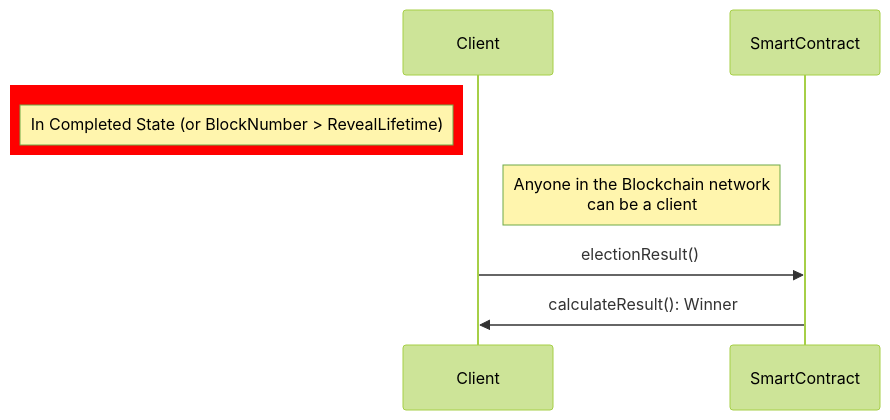
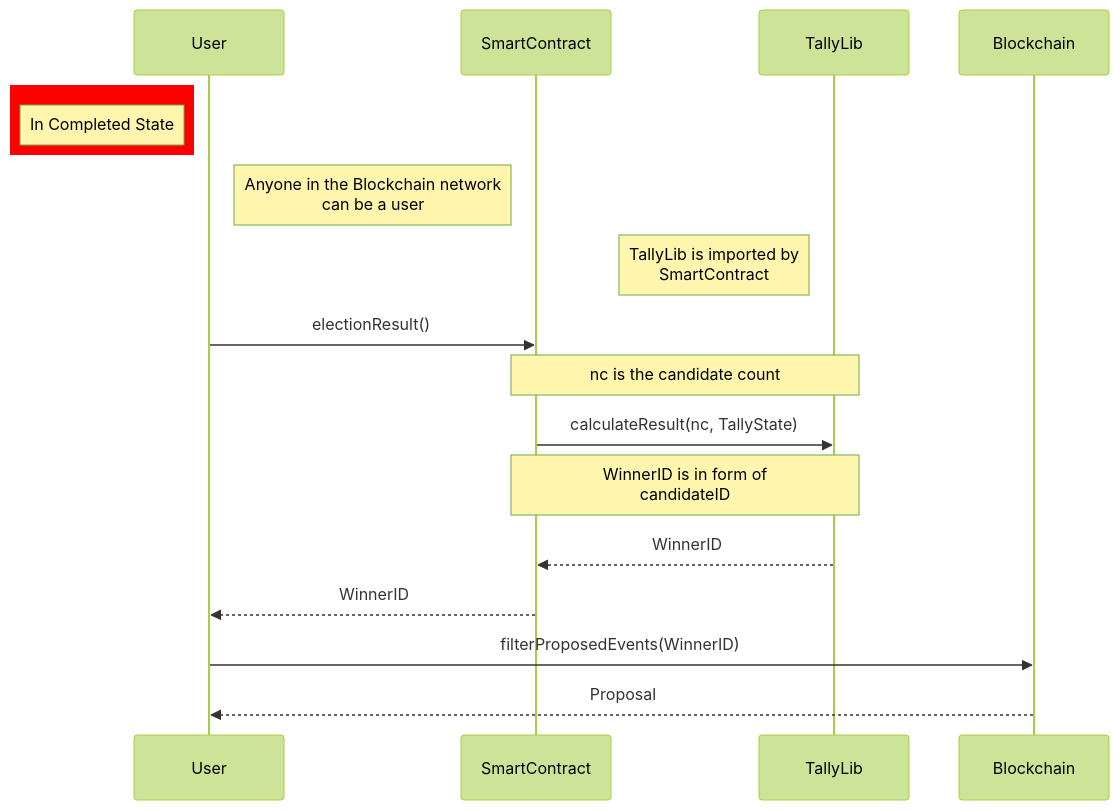
The diagram in docs/flows/basic/election-result.mmd (ceyonur/electanon), drawn with Mermaid (forest theme) before and after one commit. The commit also changed 145 other files, not shown here.

```diff
--- a/docs/flows/basic/election-result.mmd
+++ b/docs/flows/basic/election-result.mmd
@@ -1,10 +1,19 @@
 sequenceDiagram
 rect rgb(255, 0, 0)
-note left of Client: In Completed State (or BlockNumber > RevealLifetime)
+note left of User: In Completed State
 end
-participant Client
-note right of Client: Anyone in the Blockchain network <br> can be a client
+participant User
+note right of User: Anyone in the Blockchain network <br> can be a user
 participant SC as SmartContract
+note left of TallyLib: TallyLib is imported by <br> SmartContract
+participant TallyLib
 
-Client->>SC: electionResult()
-SC ->>Client: calculateResult(): Winner
+
+User->>SC: electionResult()
+Note over SC, TallyLib: nc is the candidate count
+SC ->> TallyLib: calculateResult(nc, TallyState);
+Note over TallyLib, SC: WinnerID is in form of <br> candidateID
+TallyLib -->>SC: WinnerID
+SC -->>User: WinnerID
+User ->>Blockchain: filterProposedEvents(WinnerID)
+Blockchain -->>User: Proposal
```
